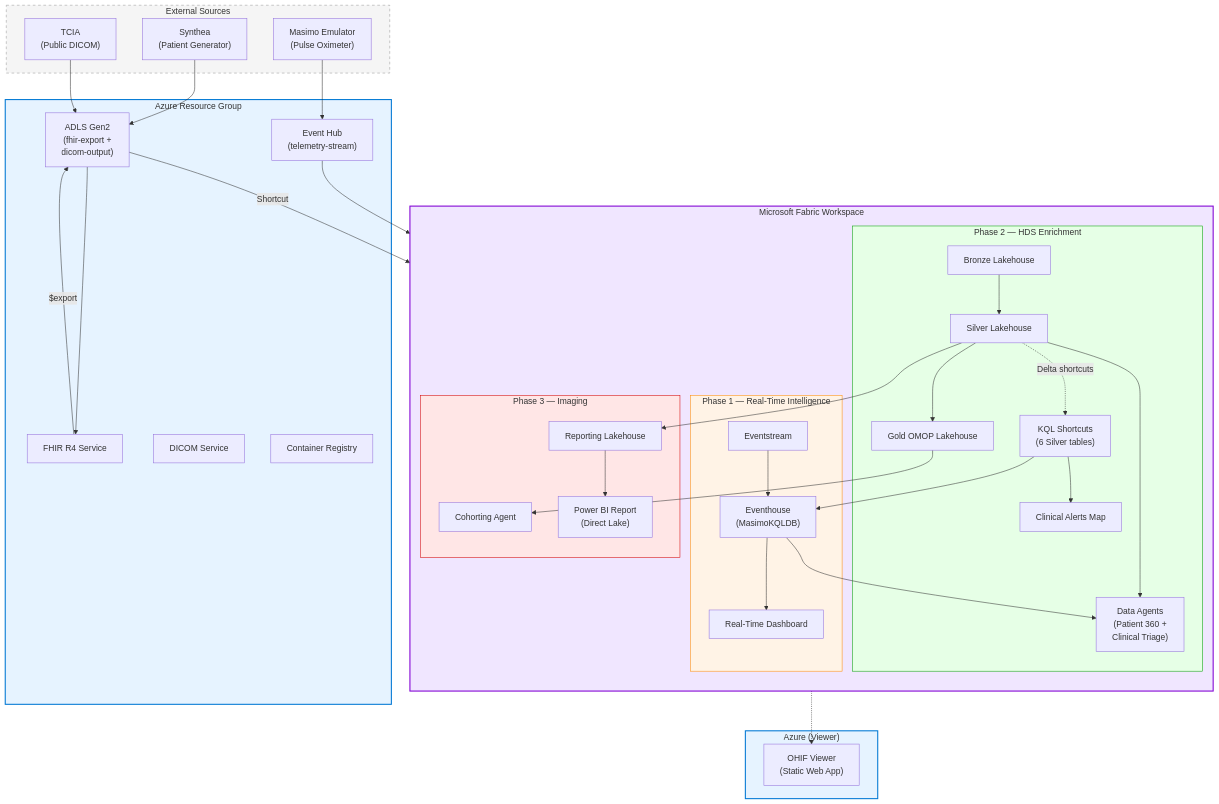
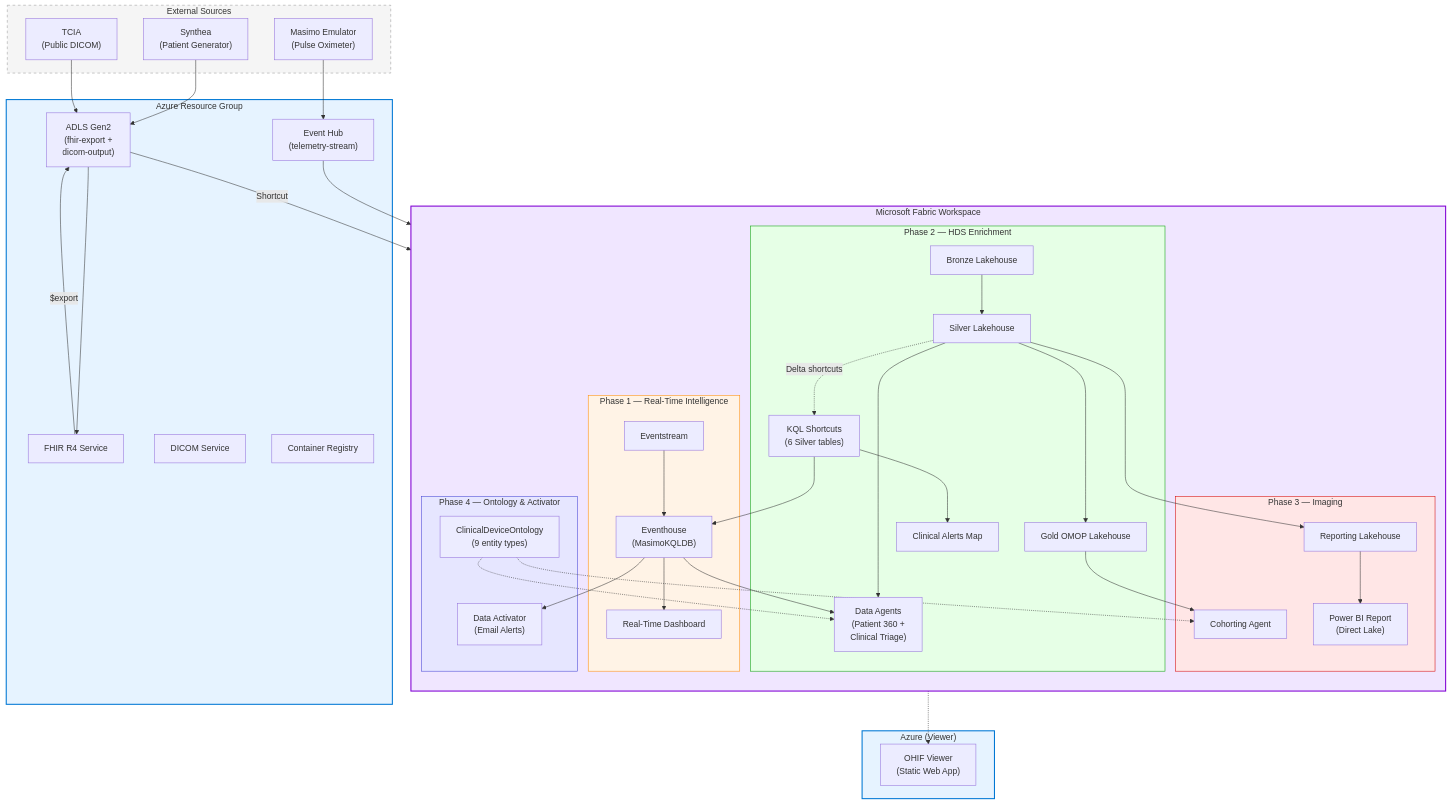
One commit to kfprugger/med-device-fabric-emulator changed the first of 3 diagrams in README.md. Above: the diagram before and after it, drawn with Mermaid. The commit also changed other lines of this file and 34 other files, not shown here.

First line of the commit message:
Phase 4: ontology, activator, all-patient device associations, respiratory Synthea modules

````diff
--- a/README.md
+++ b/README.md
@@ -52,66 +55,75 @@
 ```mermaid
 flowchart TB
     subgraph EXT["External Sources"]
         SYNTH["Synthea\n(Patient Generator)"]
         TCIA["TCIA\n(Public DICOM)"]
         EMUL["Masimo Emulator\n(Pulse Oximeter)"]
     end
 
     subgraph AZ["Azure Resource Group"]
         EH["Event Hub\n(telemetry-stream)"]
         FHIR_SVC["FHIR R4 Service"]
         DICOM_SVC["DICOM Service"]
         ADLS["ADLS Gen2\n(fhir-export +\ndicom-output)"]
         ACR["Container Registry"]
     end
 
     subgraph FAB["Microsoft Fabric Workspace"]
         direction TB
 
         subgraph P1["Phase 1 — Real-Time Intelligence"]
             ES["Eventstream"]
             EVH["Eventhouse\n(MasimoKQLDB)"]
             DASH1["Real-Time Dashboard"]
         end
 
         subgraph P2["Phase 2 — HDS Enrichment"]
             BZ["Bronze Lakehouse"]
             SLV["Silver Lakehouse"]
             GOLD["Gold OMOP Lakehouse"]
             SC["KQL Shortcuts\n(6 Silver tables)"]
             MAP["Clinical Alerts Map"]
             DA["Data Agents\n(Patient 360 +\nClinical Triage)"]
         end
 
         subgraph P3["Phase 3 — Imaging"]
             RPT["Reporting Lakehouse"]
             PBI["Power BI Report\n(Direct Lake)"]
             COHORT["Cohorting Agent"]
         end
+
+        subgraph P4["Phase 4 — Ontology & Activator"]
+            ONT["ClinicalDeviceOntology\n(9 entity types)"]
+            ACT["Data Activator\n(Email Alerts)"]
+        end
     end
 
     subgraph VIEWER["Azure (Viewer)"]
         OHIF["OHIF Viewer\n(Static Web App)"]
     end
 
     EMUL --> EH --> ES --> EVH --> DASH1
     SYNTH --> ADLS --> FHIR_SVC
     TCIA --> ADLS
     FHIR_SVC -->|"$export"| ADLS
     ADLS -->|"Shortcut"| BZ --> SLV --> GOLD
     SLV -.->|"Delta shortcuts"| SC --> EVH
     SC --> MAP
     EVH --> DA
     SLV --> DA
     GOLD --> COHORT
     SLV --> RPT --> PBI
     RPT -.-> OHIF
+    ONT -.-> DA
+    ONT -.-> COHORT
+    EVH --> ACT
 
     style EXT fill:#f5f5f5,stroke:#999,stroke-dasharray:5
     style AZ fill:#e6f3ff,stroke:#0078d4,stroke-width:2px
     style FAB fill:#f0e6ff,stroke:#8000d4,stroke-width:2px
     style VIEWER fill:#e6f3ff,stroke:#0078d4,stroke-width:2px
     style P1 fill:#fff3e6,stroke:#ff8c00
     style P2 fill:#e6ffe6,stroke:#00a000
     style P3 fill:#ffe6e6,stroke:#d40000
+    style P4 fill:#e6e6ff,stroke:#4040d4
 ```
````
